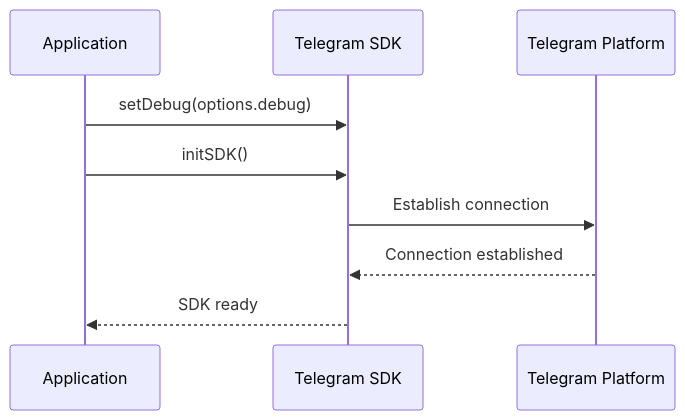
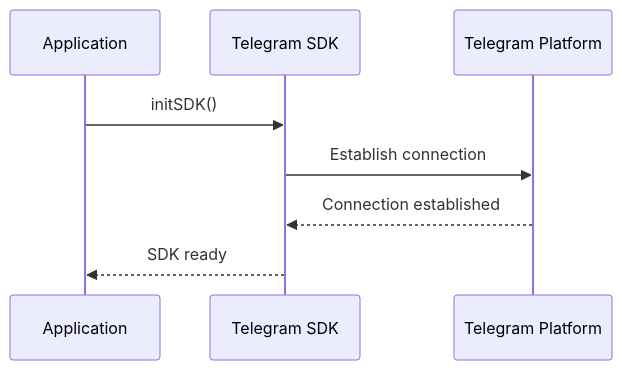
The first of 5 diagrams in .qoder/repowiki/en/content/Core Architecture/Application Initialization.md (Miaterio/Passion-bot-2), drawn with Mermaid before and after one commit. The commit also changed other lines of this file and 5 other files, not shown here.

````diff
--- a/.qoder/repowiki/en/content/Core Architecture/Application Initialization.md
+++ b/.qoder/repowiki/en/content/Core Architecture/Application Initialization.md
@@ -37,11 +356,10 @@
 ```mermaid
 sequenceDiagram
 participant App as Application
 participant SDK as Telegram SDK
 participant Platform as Telegram Platform
-App->>SDK : setDebug(options.debug)
 App->>SDK : initSDK()
 SDK->>Platform : Establish connection
 Platform-->>SDK : Connection established
 SDK-->>App : SDK ready
 ```
````
